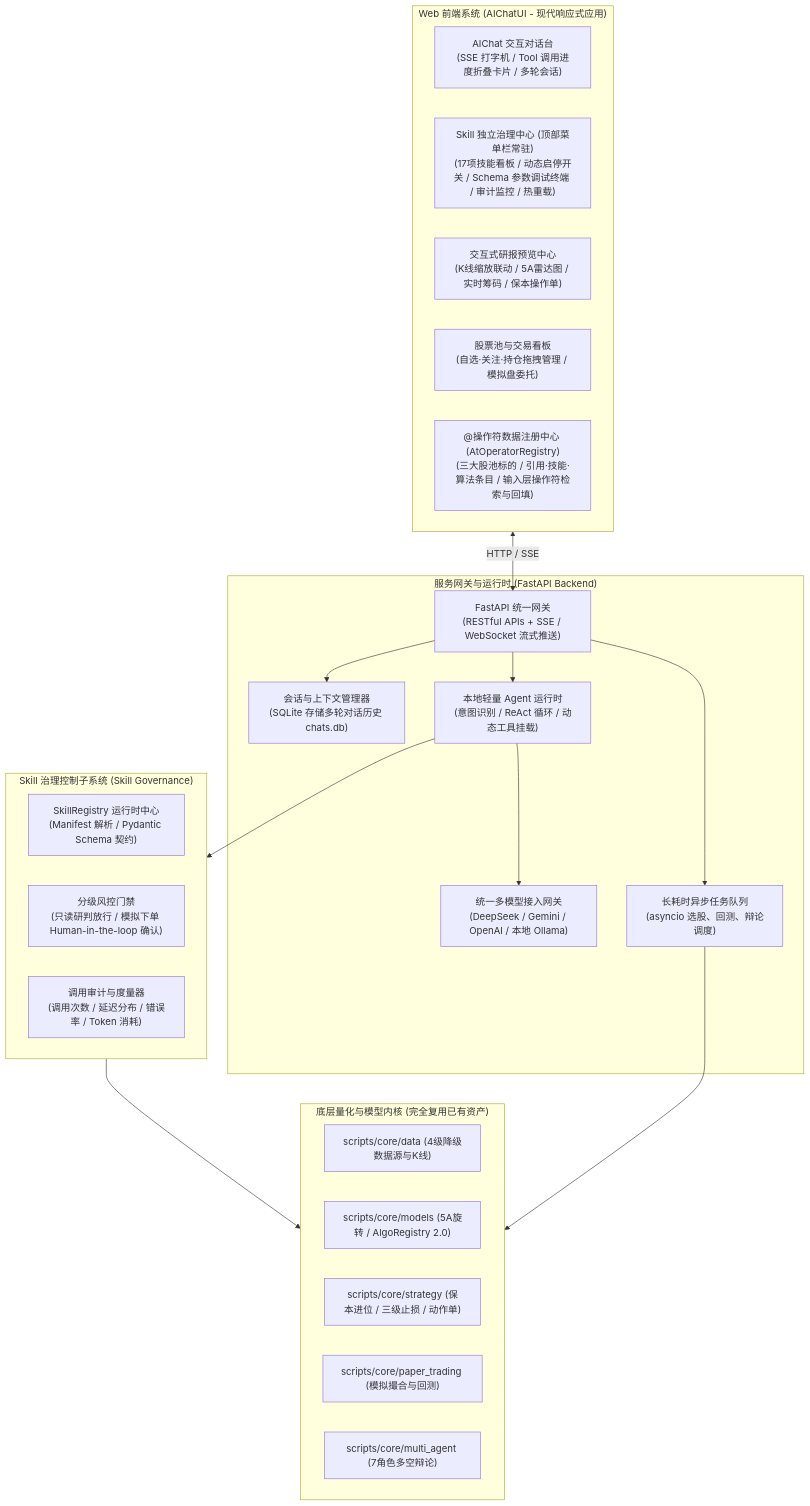
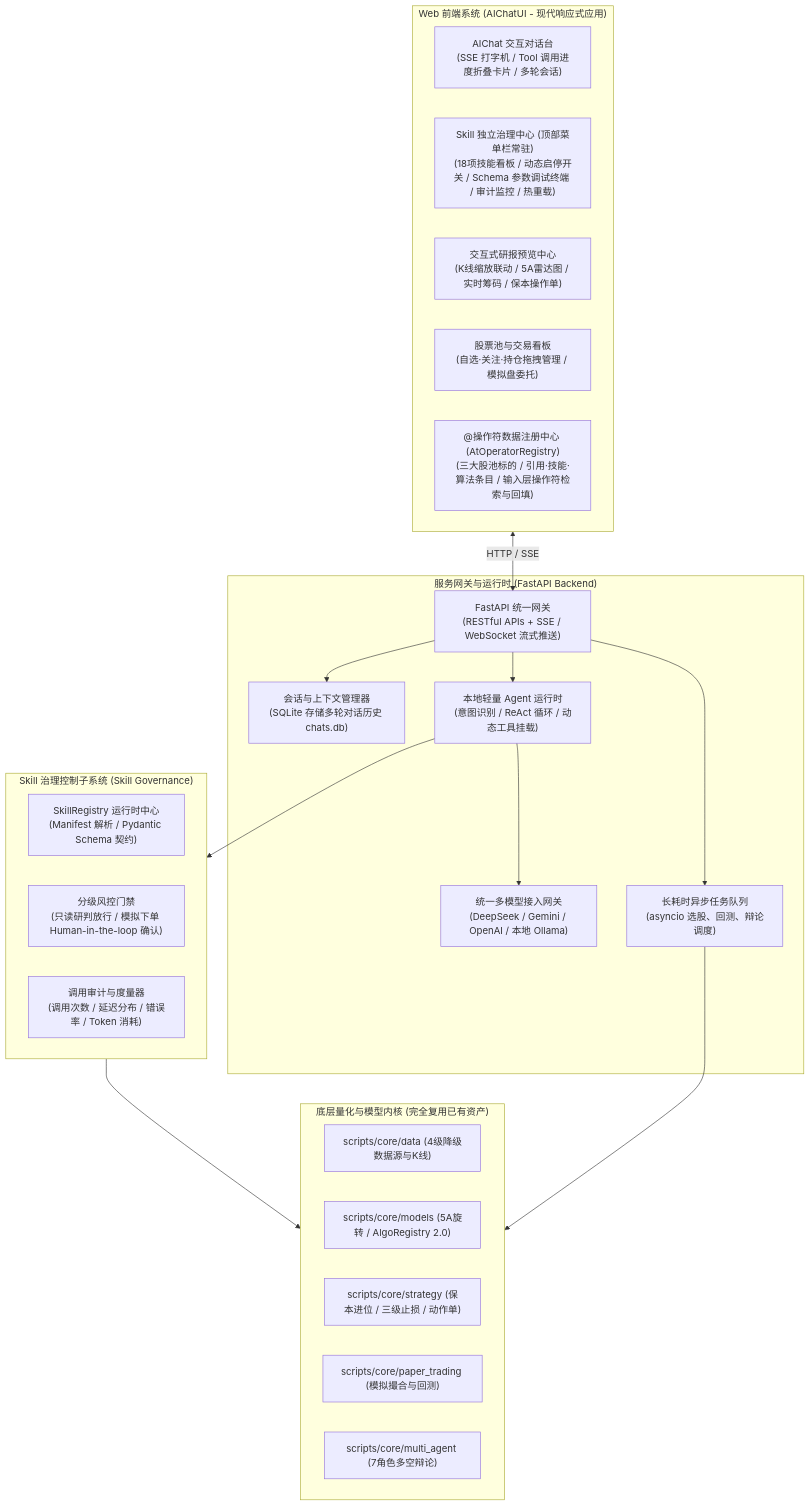
Before and after one commit to cvdnn/a_stock_agents: the first of 2 diagrams in docs/guidelines/web-aichat-architecture.md, drawn with Mermaid. The commit also changed other lines of this file and 62 other files, not shown here.

````diff
--- a/docs/guidelines/web-aichat-architecture.md
+++ b/docs/guidelines/web-aichat-architecture.md
@@ -26,41 +26,41 @@
 ```mermaid
 flowchart TB
     subgraph Client["Web 前端系统 (AIChatUI - 现代响应式应用)"]
         UI_Chat["AIChat 交互对话台\n(SSE 打字机 / Tool 调用进度折叠卡片 / 多轮会话)"]
-        UI_Gov["Skill 独立治理中心 (顶部菜单栏常驻)\n(17项技能看板 / 动态启停开关 / Schema 参数调试终端 / 审计监控 / 热重载)"]
+        UI_Gov["Skill 独立治理中心 (顶部菜单栏常驻)\n(18项技能看板 / 动态启停开关 / Schema 参数调试终端 / 审计监控 / 热重载)"]
         UI_Report["交互式研报预览中心\n(K线缩放联动 / 5A雷达图 / 实时筹码 / 保本操作单)"]
         UI_Pool["股票池与交易看板\n(自选·关注·持仓拖拽管理 / 模拟盘委托)"]
         UI_AtOp["@操作符数据注册中心 (AtOperatorRegistry)\n(三大股池标的 / 引用·技能·算法条目 / 输入层操作符检索与回填)"]
     end
 
     subgraph ServerGateway["服务网关与运行时 (FastAPI Backend)"]
         API["FastAPI 统一网关\n(RESTful APIs + SSE / WebSocket 流式推送)"]
         SessionMgr["会话与上下文管理器\n(SQLite 存储多轮对话历史 chats.db)"]
         Orchestrator["本地轻量 Agent 运行时\n(意图识别 / ReAct 循环 / 动态工具挂载)"]
         LLM_GW["统一多模型接入网关\n(DeepSeek / Gemini / OpenAI / 本地 Ollama)"]
         TaskWorker["长耗时异步任务队列\n(asyncio 选股、回测、辩论调度)"]
     end
 
     subgraph GovernanceLayer["Skill 治理控制子系统 (Skill Governance)"]
         SkillRegistry["SkillRegistry 运行时中心\n(Manifest 解析 / Pydantic Schema 契约)"]
         Gatekeeper["分级风控门禁\n(只读研判放行 / 模拟下单 Human-in-the-loop 确认)"]
         Auditor["调用审计与度量器\n(调用次数 / 延迟分布 / 错误率 / Token 消耗)"]
     end
 
     subgraph CoreEngine["底层量化与模型内核 (完全复用已有资产)"]
         Core_Data["scripts/core/data (4级降级数据源与K线)"]
         Core_Models["scripts/core/models (5A旋转 / AlgoRegistry 2.0)"]
         Core_Strategy["scripts/core/strategy (保本进位 / 三级止损 / 动作单)"]
         Core_Trade["scripts/core/paper_trading (模拟撮合与回测)"]
         Core_Debate["scripts/core/multi_agent (7角色多空辩论)"]
     end
 
     Client <-->|HTTP / SSE| API
     API --> SessionMgr
     API --> Orchestrator
     Orchestrator --> LLM_GW
     Orchestrator --> GovernanceLayer
     API --> TaskWorker
     GovernanceLayer --> CoreEngine
     TaskWorker --> CoreEngine
 ```
````
